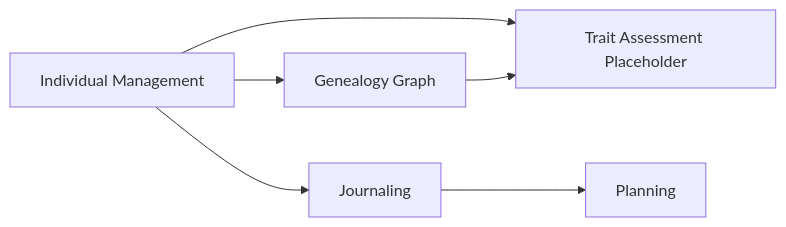
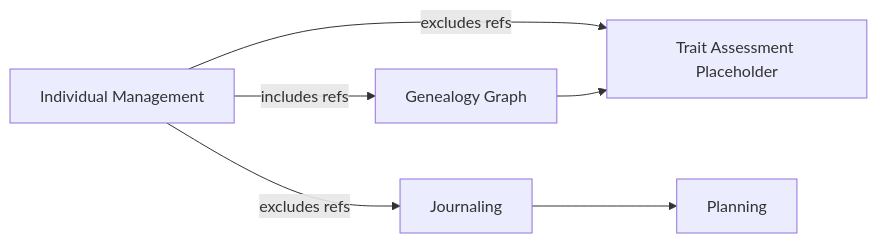
The diagram in docs/domainModel/context-map.md (lyndametref/geep), drawn with Mermaid before and after one commit. The commit also changed other lines of this file and 3 other files, not shown here.

````diff
--- a/docs/domainModel/context-map.md
+++ b/docs/domainModel/context-map.md
@@ -5,8 +5,8 @@
 ```mermaid
 graph LR
-    IndividualMgmt["Individual Management"] --> Genealogy["Genealogy Graph"]
-    IndividualMgmt --> Journal["Journaling"]
+    IndividualMgmt["Individual Management"] -->|includes refs| Genealogy["Genealogy Graph"]
+    IndividualMgmt -->|excludes refs| Journal["Journaling"]
     Journal --> Planning["Planning"]
-    IndividualMgmt --> TraitAssessment["Trait Assessment Placeholder"]
+    IndividualMgmt -->|excludes refs| TraitAssessment["Trait Assessment Placeholder"]
     Genealogy --> TraitAssessment
 ```
````
